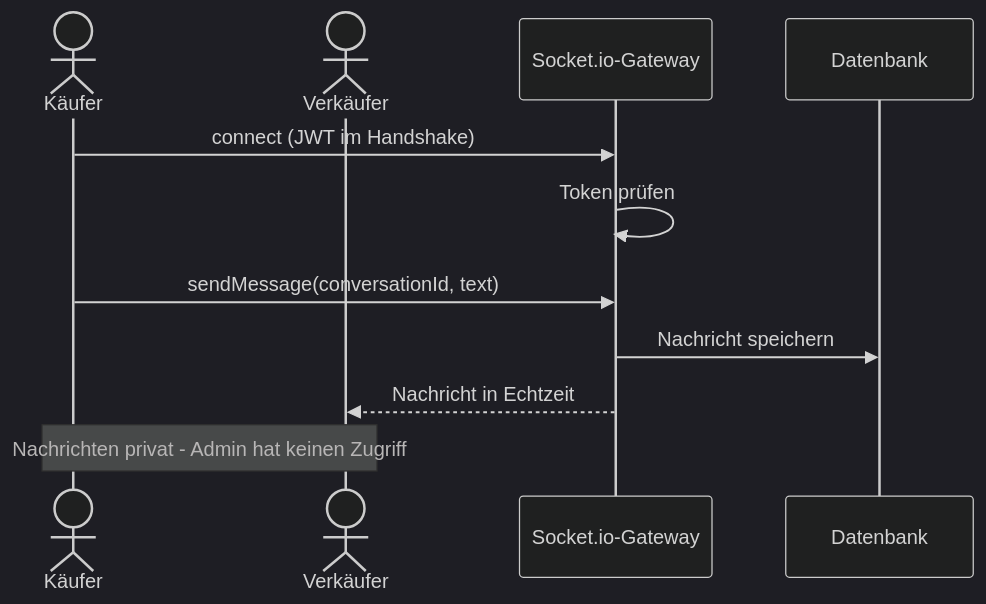
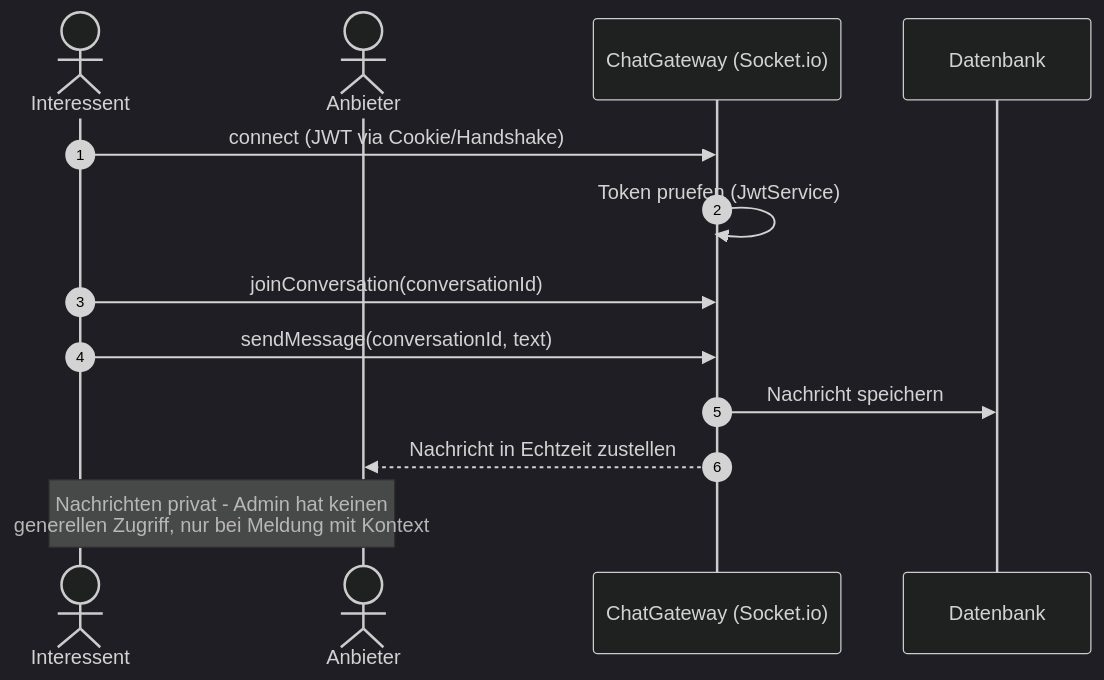
Before and after one commit to PatilYash0110/THMarket: the diagram in docs/arch/diagrams-code/a06-laufzeitdiagramm_echtzeit_chat.mmd, drawn with Mermaid (dark theme).

Commit message:
docs(arch): update Laufzeitdiagramm Echtzeit-Chat
Updated the sequence diagram for real-time chat to reflect changes in actor names and connection methods.

```diff
--- a/docs/arch/diagrams-code/a06-laufzeitdiagramm_echtzeit_chat.mmd
+++ b/docs/arch/diagrams-code/a06-laufzeitdiagramm_echtzeit_chat.mmd
@@ -1,12 +1,14 @@
-%% Abbildung 14: Laufzeitsicht - Echtzeit-Chat
 sequenceDiagram
-    actor A as Käufer
-    actor B as Verkäufer
-    participant WS as Socket.io-Gateway
+    autonumber
+    actor A as Interessent
+    actor B as Anbieter
+    participant WS as ChatGateway (Socket.io)
     participant DB as Datenbank
-    A->>WS: connect (JWT im Handshake)
-    WS->>WS: Token prüfen
+
+    A->>WS: connect (JWT via Cookie/Handshake)
+    WS->>WS: Token pruefen (JwtService)
+    A->>WS: joinConversation(conversationId)
     A->>WS: sendMessage(conversationId, text)
     WS->>DB: Nachricht speichern
-    WS-->>B: Nachricht in Echtzeit
-    Note over A,B: Nachrichten privat - Admin hat keinen Zugriff
+    WS-->>B: Nachricht in Echtzeit zustellen
+    Note over A,B: Nachrichten privat - Admin hat keinen<br/>generellen Zugriff, nur bei Meldung mit Kontext
```
